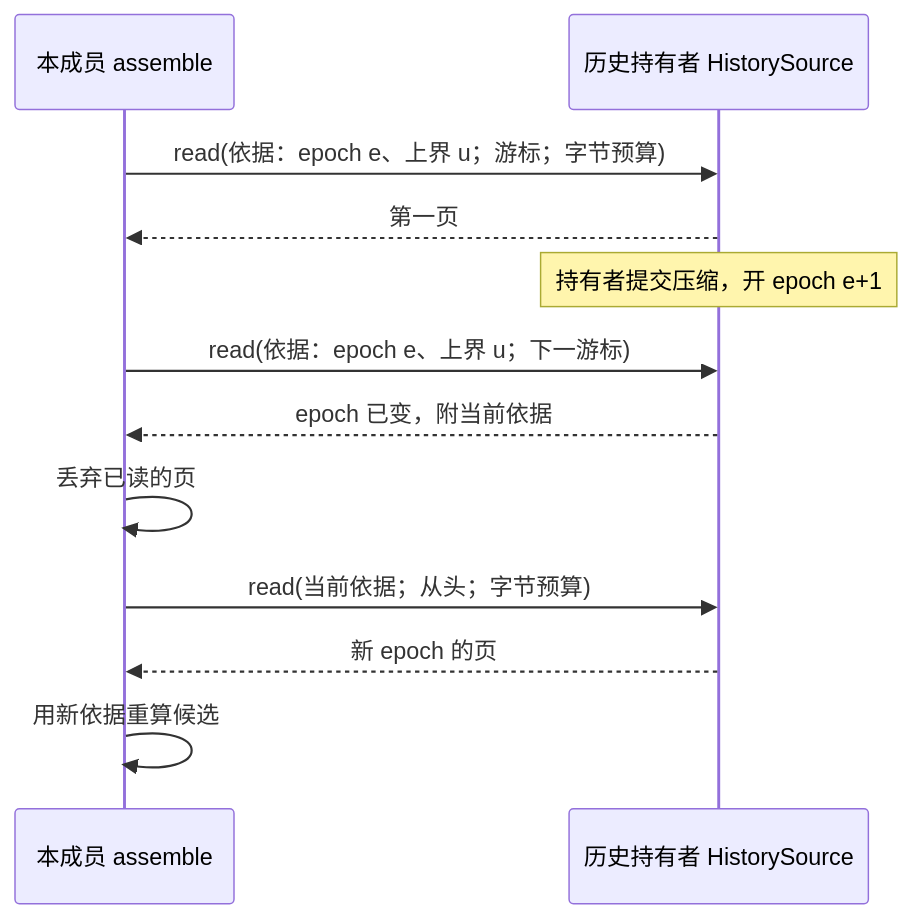
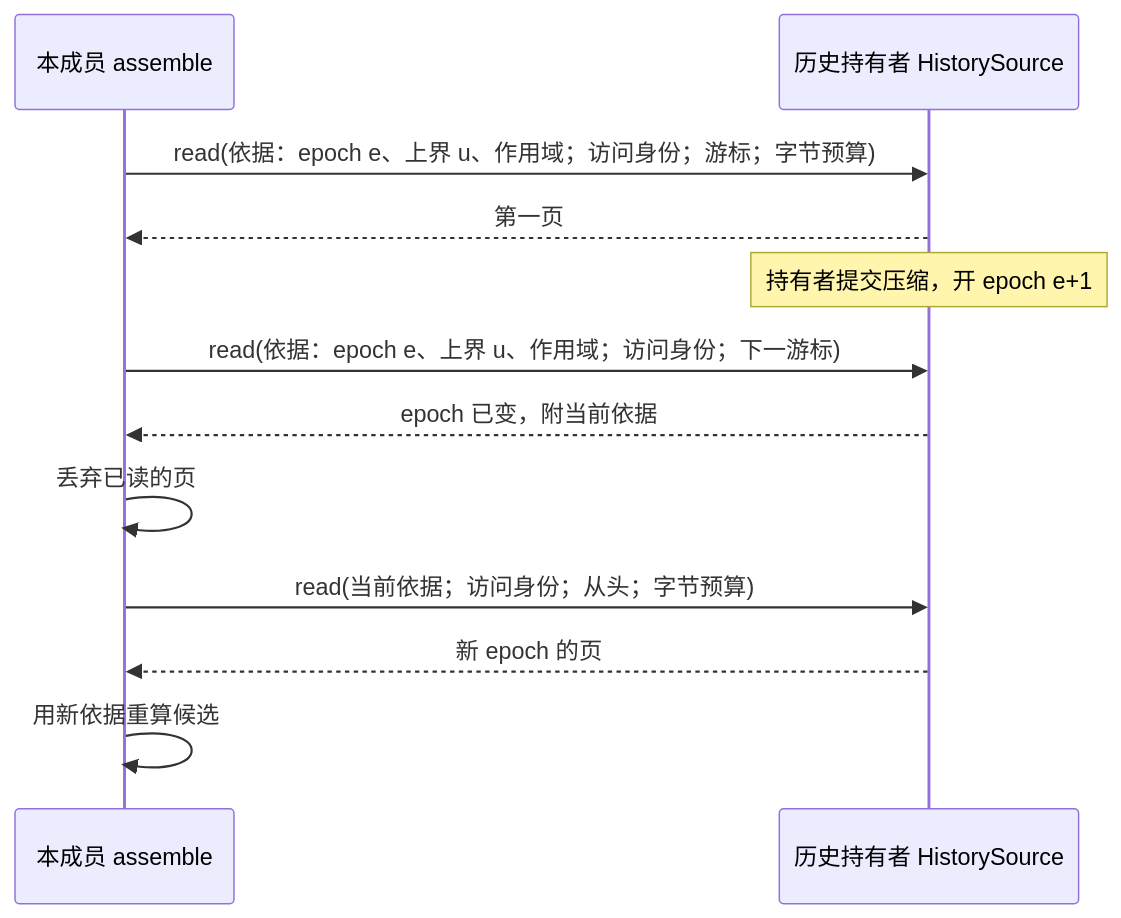
One commit to nemori-ai/omne-harness-lite changed the fifth of 6 diagrams in packages/context/request-context-contract/docs/flows.md. Above: the diagram before and after it, drawn with Mermaid. The commit also changed other lines of this file and 70 other files, not shown here.

````diff
--- a/packages/context/request-context-contract/docs/flows.md
+++ b/packages/context/request-context-contract/docs/flows.md
@@ -164,14 +164,14 @@
 ```mermaid
 sequenceDiagram
   participant A as 本成员 assemble
   participant H as 历史持有者 HistorySource
-  A->>H: read(依据：epoch e、上界 u；游标；字节预算)
+  A->>H: read(依据：epoch e、上界 u、作用域；访问身份；游标；字节预算)
   H-->>A: 第一页
   Note over H: 持有者提交压缩，开 epoch e+1
-  A->>H: read(依据：epoch e、上界 u；下一游标)
+  A->>H: read(依据：epoch e、上界 u、作用域；访问身份；下一游标)
   H-->>A: epoch 已变，附当前依据
   A->>A: 丢弃已读的页
-  A->>H: read(当前依据；从头；字节预算)
+  A->>H: read(当前依据；访问身份；从头；字节预算)
   H-->>A: 新 epoch 的页
   A->>A: 用新依据重算候选
 ```
````
